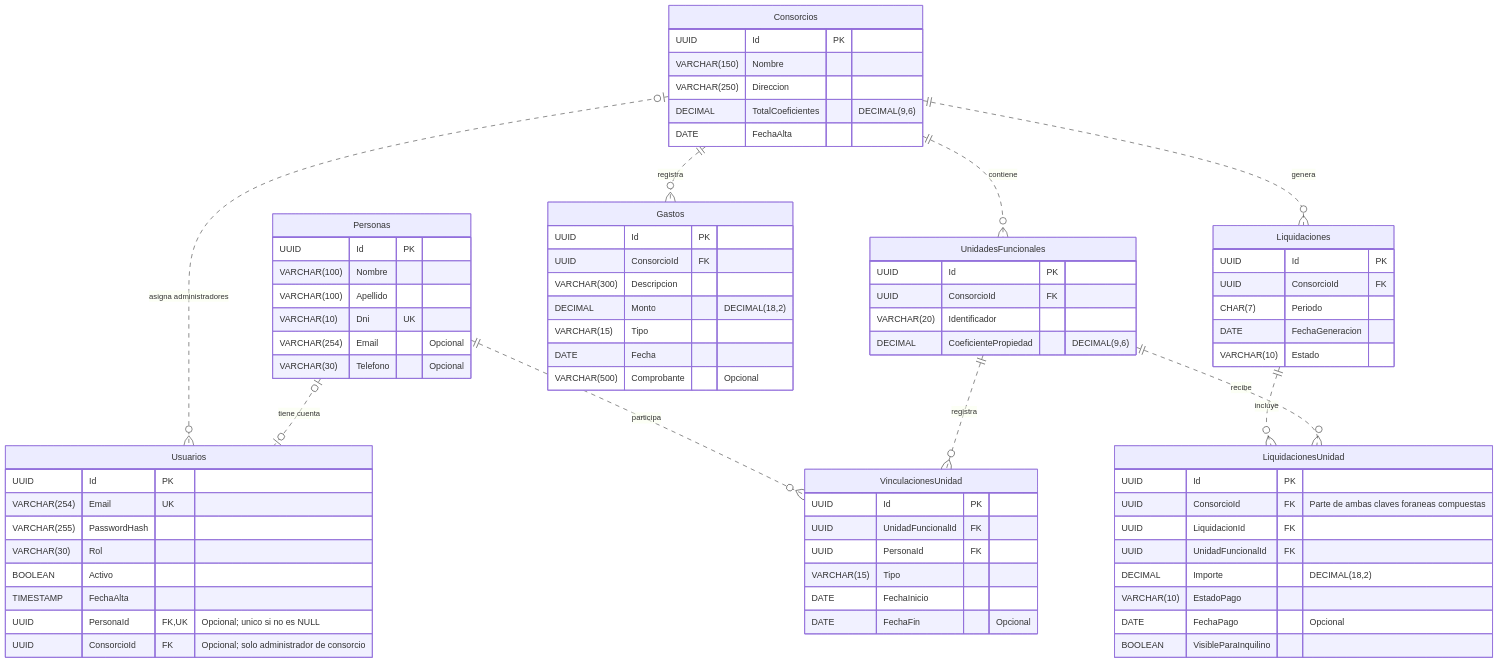
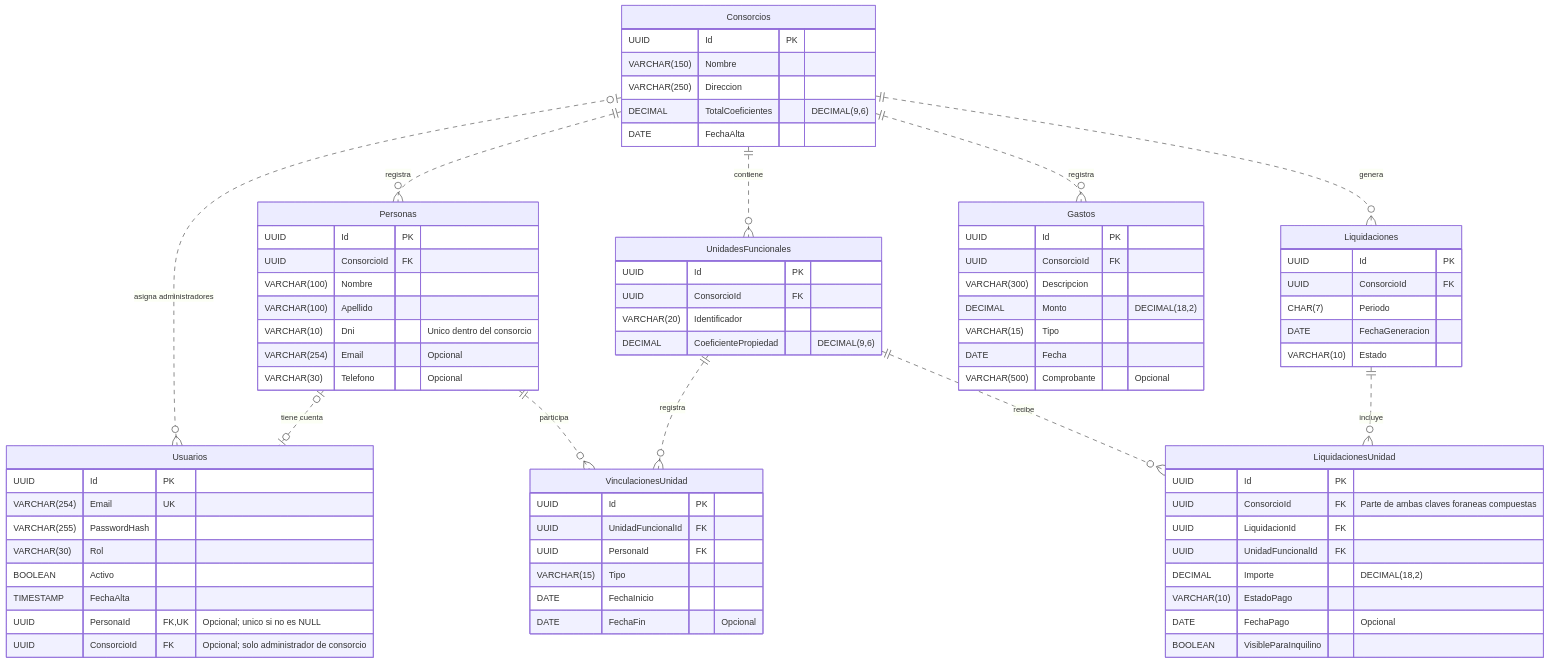
One commit to gonzilla2021/sistema-administracion-consorcios changed the diagram in database/diagrama-entidad-relacion.md. Above: the diagram before and after it, drawn with Mermaid. The commit also changed other lines of this file and 13 other files, not shown here.

Commit message:
Las personas pertenecen a un consorcio: endpoints por consorcio, DNI unico por consorcio y migracion

```diff
--- a/database/diagrama-entidad-relacion.md
+++ b/database/diagrama-entidad-relacion.md
@@ -15,6 +15,7 @@
 
     Consorcios |o..o{ Usuarios : "asigna administradores"
     Personas |o..o| Usuarios : "tiene cuenta"
+    Consorcios ||..o{ Personas : "registra"
     Consorcios ||..o{ UnidadesFuncionales : "contiene"
     Personas ||..o{ VinculacionesUnidad : "participa"
     UnidadesFuncionales ||..o{ VinculacionesUnidad : "registra"
@@ -44,9 +45,10 @@
 
     Personas {
         UUID Id PK
+        UUID ConsorcioId FK
         VARCHAR(100) Nombre
         VARCHAR(100) Apellido
-        VARCHAR(10) Dni UK
+        VARCHAR(10) Dni "Unico dentro del consorcio"
         VARCHAR(254) Email "Opcional"
         VARCHAR(30) Telefono "Opcional"
     }
```
